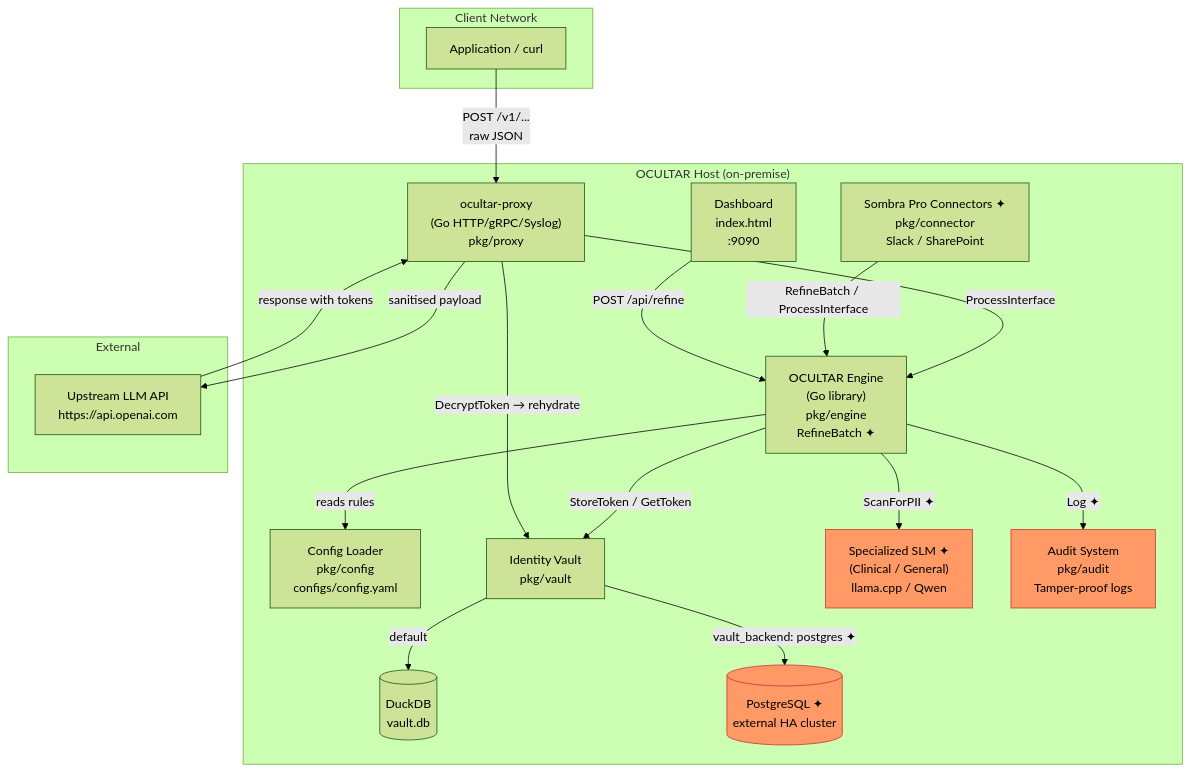
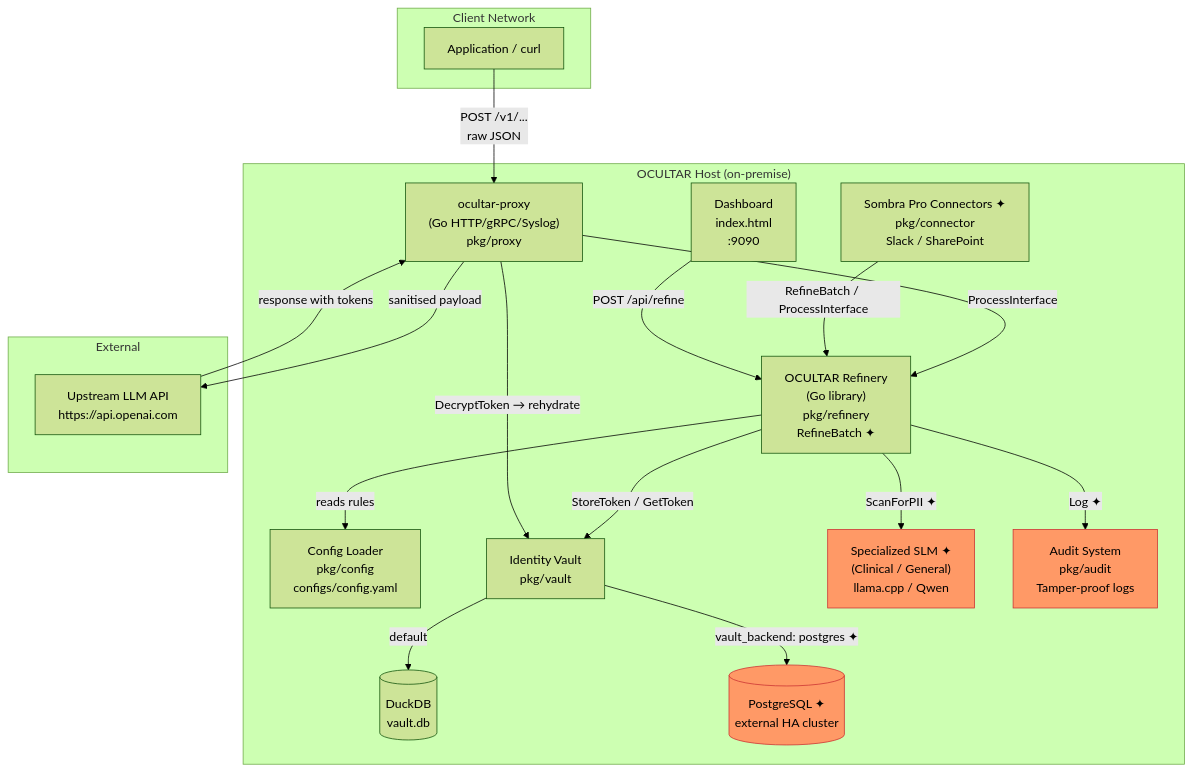
The second of 5 diagrams in docs/ARCHITECTURE.md (Edu963/ocultar), drawn with Mermaid (forest theme) before and after one commit. The commit also changed other lines of this file and 136 other files, not shown here.

Commit message:
refactor: Migrate core engine service to the new refinery service, updating associated extensions, documentation, and agent skills.

````diff
--- a/docs/ARCHITECTURE.md
+++ b/docs/ARCHITECTURE.md
@@ -52,41 +52,41 @@
 ```mermaid
 graph TD
     subgraph "Client Network"
         App["Application / curl"]
     end
 
     subgraph "OCULTAR Host (on-premise)"
         Proxy["ocultar-proxy\n(Go HTTP/gRPC/Syslog)\npkg/proxy"]
-        Engine["OCULTAR Engine\n(Go library)\npkg/engine\nRefineBatch ✦"]
+        Refinery["OCULTAR Refinery\n(Go library)\npkg/refinery\nRefineBatch ✦"]
         Config["Config Loader\npkg/config\n configs/config.yaml"]
         Vault_svc["Identity Vault\npkg/vault"]
         DDB[("DuckDB\nvault.db")]
         PG[("PostgreSQL ✦\nexternal HA cluster")]
         SLM["Specialized SLM ✦\n(Clinical / General)\nllama.cpp / Qwen"]
         Dashboard["Dashboard\nindex.html\n:9090"]
         AuditLog["Audit System\npkg/audit\nTamper-proof logs"]
         Connectors["Sombra Pro Connectors ✦\npkg/connector\nSlack / SharePoint"]
     end
 
     subgraph "External"
         Upstream["Upstream LLM API\nhttps://api.openai.com"]
     end
 
     App -->|"POST /v1/...\nraw JSON"| Proxy
-    Proxy -->|"ProcessInterface"| Engine
-    Engine -->|"reads rules"| Config
-    Engine -->|"StoreToken / GetToken"| Vault_svc
-    Engine -->|"ScanForPII ✦"| SLM
-    Engine -->|"Log ✦"| AuditLog
-    Connectors -->|"RefineBatch / ProcessInterface"| Engine
+    Proxy -->|"ProcessInterface"| Refinery
+    Refinery -->|"reads rules"| Config
+    Refinery -->|"StoreToken / GetToken"| Vault_svc
+    Refinery -->|"ScanForPII ✦"| SLM
+    Refinery -->|"Log ✦"| AuditLog
+    Connectors -->|"RefineBatch / ProcessInterface"| Refinery
     Vault_svc -->|"default"| DDB
     Vault_svc -->|"vault_backend: postgres ✦"| PG
     Proxy -->|"sanitised payload"| Upstream
     Upstream -->|"response with tokens"| Proxy
     Proxy -->|"DecryptToken → rehydrate"| Vault_svc
-    Dashboard -->|"POST /api/refine"| Engine
+    Dashboard -->|"POST /api/refine"| Refinery
 
     style SLM fill:#f96,stroke:#c33
     style PG fill:#f96,stroke:#c33
     style AuditLog fill:#f96,stroke:#c33
 ```
````
